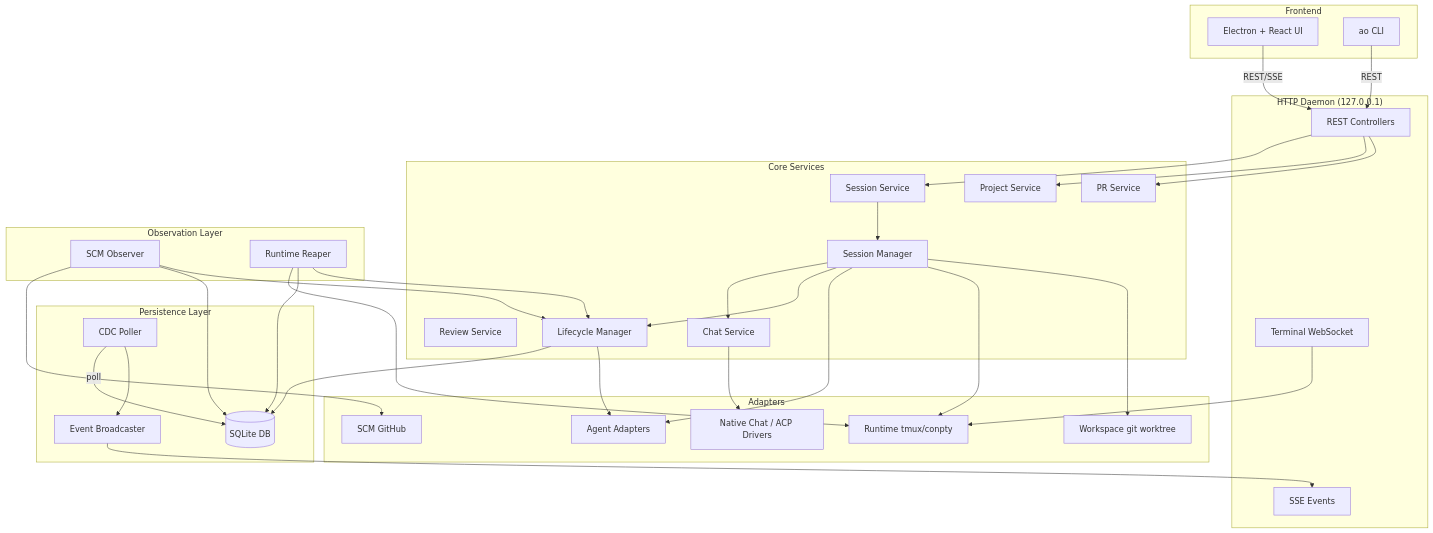
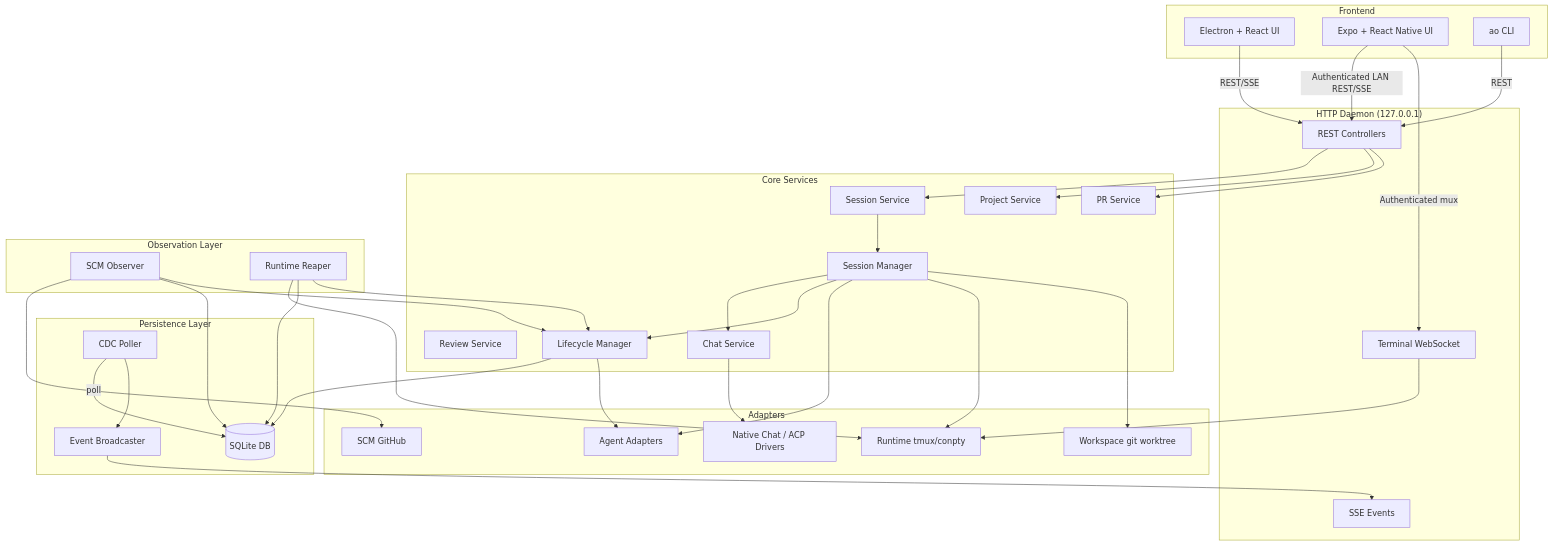
One commit to AgentWrapper/agent-orchestrator changed the second of 23 diagrams in docs/architecture.md. Above: the diagram before and after it, drawn with Mermaid. The commit also changed other lines of this file and 49 other files, not shown here.

````diff
--- a/docs/architecture.md
+++ b/docs/architecture.md
@@ -51,74 +51,77 @@
 ```mermaid
 graph TB
     subgraph Frontend
         FE[Electron + React UI]
+        Mobile[Expo + React Native UI]
         CLI[ao CLI]
     end
 
     subgraph HTTP["HTTP Daemon (127.0.0.1)"]
         Controllers[REST Controllers]
         SSE[SSE Events]
         Terminal[Terminal WebSocket]
     end
 
     subgraph Core["Core Services"]
         SessionSvc[Session Service]
         ProjectSvc[Project Service]
         PRSvc[PR Service]
         ReviewSvc[Review Service]
         SessionMgr[Session Manager]
         ChatSvc[Chat Service]
         LCM[Lifecycle Manager]
     end
 
     subgraph Observe["Observation Layer"]
         SCMObserver[SCM Observer]
         Reaper[Runtime Reaper]
     end
 
     subgraph Storage["Persistence Layer"]
         SQLite[(SQLite DB)]
         CDC[CDC Poller]
         Broadcaster[Event Broadcaster]
     end
 
     subgraph Adapters["Adapters"]
         AgentAdapter[Agent Adapters]
         RuntimeAdapter[Runtime tmux/conpty]
         ChatDriver[Native Chat / ACP Drivers]
         WorkspaceAdapter[Workspace git worktree]
         SCMAdapter[SCM GitHub]
     end
 
     FE -->|REST/SSE| Controllers
+    Mobile -->|Authenticated LAN REST/SSE| Controllers
+    Mobile -->|Authenticated mux| Terminal
     CLI -->|REST| Controllers
     Controllers --> SessionSvc
     Controllers --> ProjectSvc
     Controllers --> PRSvc
 
     SessionSvc --> SessionMgr
     SessionMgr --> ChatSvc
     SessionMgr --> LCM
     SessionMgr --> AgentAdapter
     SessionMgr --> RuntimeAdapter
     SessionMgr --> WorkspaceAdapter
     ChatSvc --> ChatDriver
 
     LCM --> SQLite
     LCM --> AgentAdapter
 
     SCMObserver --> SCMAdapter
     SCMObserver --> SQLite
     SCMObserver --> LCM
 
     Reaper --> RuntimeAdapter
     Reaper --> SQLite
     Reaper --> LCM
 
     CDC -->|poll| SQLite
     CDC --> Broadcaster
     Broadcaster --> SSE
 
     Terminal --> RuntimeAdapter
 
 ```
````
